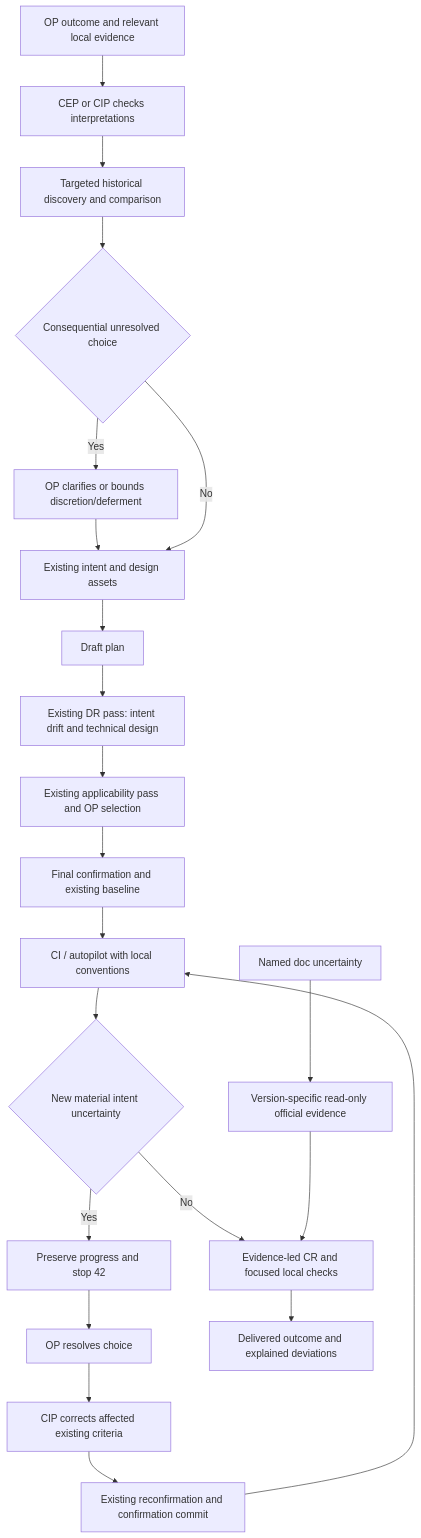
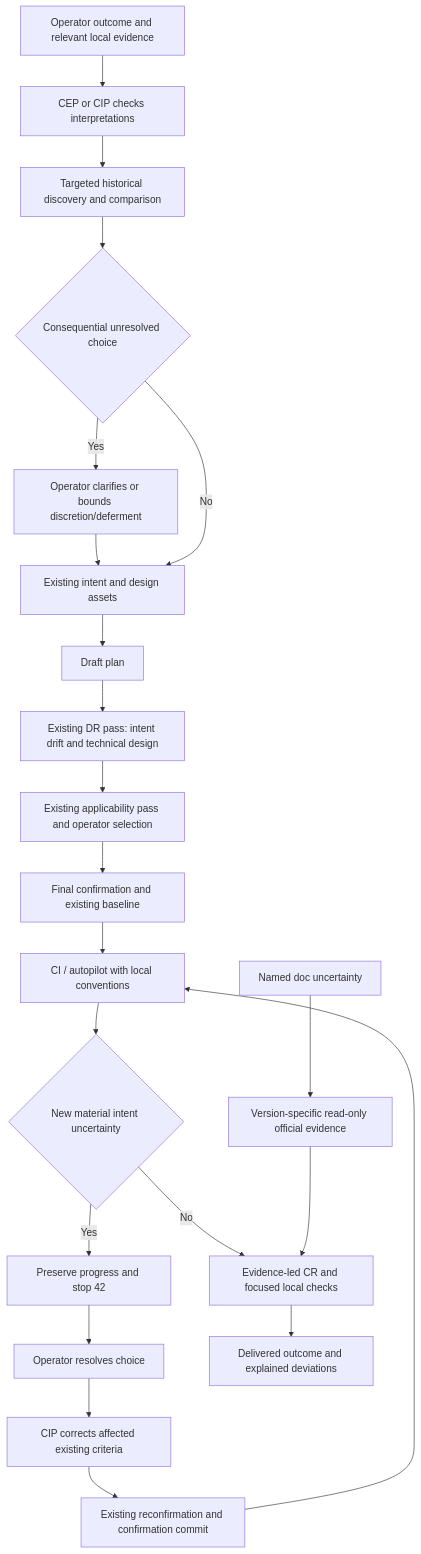
Before and after one commit to jIRI-san/skalary: the diagram in docs/implementation-plans/standalone-2026-10-03-9abf21-evidence-led-reviews-intent-alignment/assets/design.md, drawn with Mermaid. The commit also changed other lines of this file and 7 other files, not shown here.

````diff
--- a/docs/implementation-plans/standalone-2026-10-03-9abf21-evidence-led-reviews-intent-alignment/assets/design.md
+++ b/docs/implementation-plans/standalone-2026-10-03-9abf21-evidence-led-reviews-intent-alignment/assets/design.md
@@ -22,24 +22,24 @@
 ```mermaid
 flowchart TD
-    A[OP outcome and relevant local evidence] --> B[CEP or CIP checks interpretations]
+    A[Operator outcome and relevant local evidence] --> B[CEP or CIP checks interpretations]
     B --> C[Targeted historical discovery and comparison]
     C --> D{Consequential unresolved choice}
-    D -->|Yes| E[OP clarifies or bounds discretion/deferment]
+    D -->|Yes| E[Operator clarifies or bounds discretion/deferment]
     E --> F[Existing intent and design assets]
     D -->|No| F
     F --> G[Draft plan]
     G --> H[Existing DR pass: intent drift and technical design]
-    H --> I[Existing applicability pass and OP selection]
+    H --> I[Existing applicability pass and operator selection]
     I --> J[Final confirmation and existing baseline]
     J --> K[CI / autopilot with local conventions]
     K --> L{New material intent uncertainty}
     L -->|Yes| R[Preserve progress and stop 42]
-    R --> S[OP resolves choice]
+    R --> S[Operator resolves choice]
     S --> T[CIP corrects affected existing criteria]
     T --> U[Existing reconfirmation and confirmation commit]
     U --> K
     L -->|No| M[Evidence-led CR and focused local checks]
     M --> N[Delivered outcome and explained deviations]
     P[Named doc uncertainty] --> Q[Version-specific read-only official evidence]
     Q --> M
 ```
````
